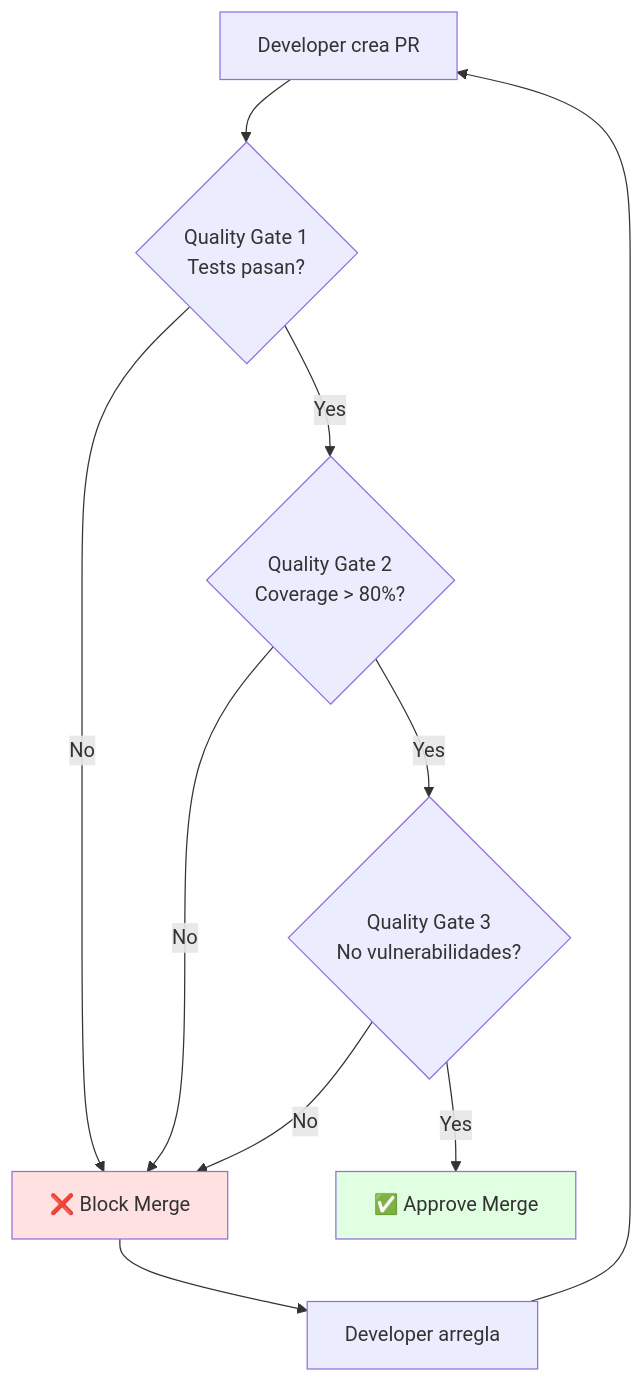
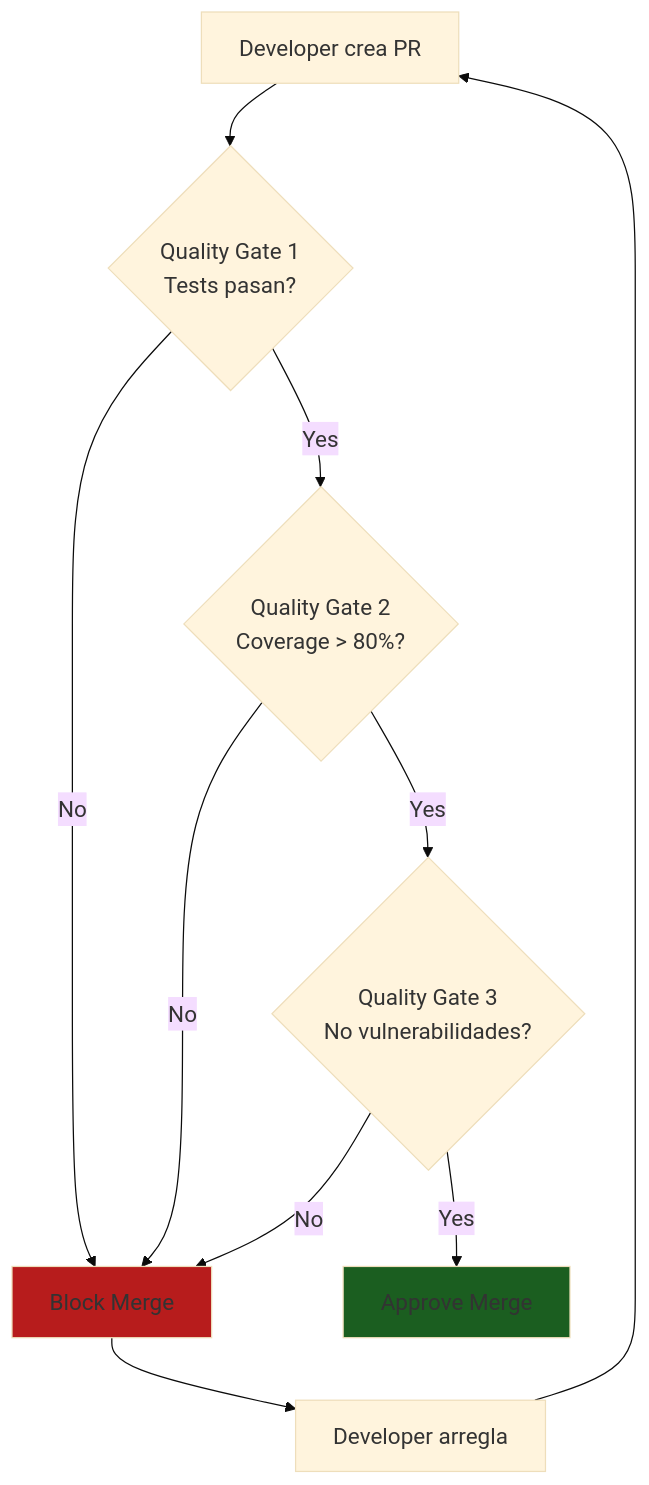
Diagram 16 of 16 in courses/🟡-development/FPUNA-2026/01-DESARROLLO-SOFTWARE/especializaciones/qa-automation/04-integracion-ci-cd.md (Ai-Whisperers/Courses-Content), drawn with Mermaid before and after one commit. The commit also changed other lines of this file and 47 other files, not shown here.

First line of the commit message:
fix: Make all 473 diagrams WCAG AAA accessible (FPUNA-2026)

````diff
--- a/courses/🟡-development/FPUNA-2026/01-DESARROLLO-SOFTWARE/especializaciones/qa-automation/04-integracion-ci-cd.md
+++ b/courses/🟡-development/FPUNA-2026/01-DESARROLLO-SOFTWARE/especializaciones/qa-automation/04-integracion-ci-cd.md
@@ -1435,16 +1450,17 @@
 ```mermaid
+%%{init: {'theme':'base', 'themeVariables': {'fontSize':'18px'}}}%%
 graph TD
     A[Developer crea PR] --> B{Quality Gate 1<br/>Tests pasan?}
-    B -->|No| C[❌ Block Merge]
+    B -->|No| C[Block Merge]
     B -->|Yes| D{Quality Gate 2<br/>Coverage > 80%?}
     D -->|No| C
     D -->|Yes| E{Quality Gate 3<br/>No vulnerabilidades?}
     E -->|No| C
-    E -->|Yes| F[✅ Approve Merge]
+    E -->|Yes| F[Approve Merge]
     
     C --> G[Developer arregla]
     G --> A
     
-    style C fill:#FFE1E1
-    style F fill:#E1FFE1
+    style C fill:#b71c1c
+    style F fill:#1b5e20
 ```
````
